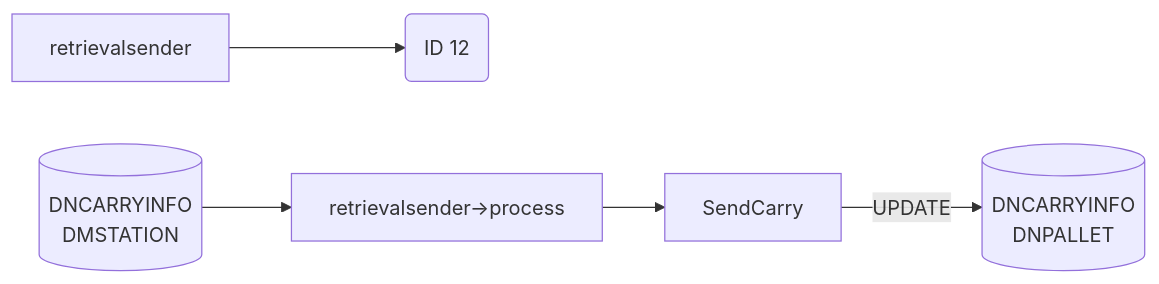
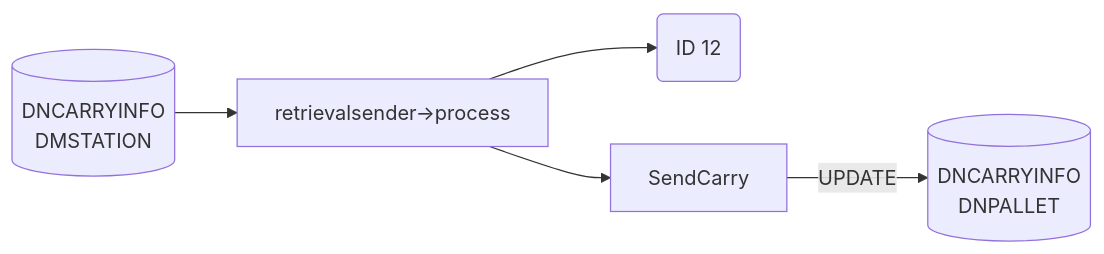
One commit to luthfiadityaa/SimeDarby-Wiki changed the tenth of 15 diagrams in Basic-Design/DFD-WMS/Retrieval/Stacked-Empty-Pallet.md. Above: the diagram before and after it, drawn with Mermaid.

Commit message:
Updated Stacked Empty Pallet

```diff
--- a/Basic-Design/DFD-WMS/Retrieval/Stacked-Empty-Pallet.md
+++ b/Basic-Design/DFD-WMS/Retrieval/Stacked-Empty-Pallet.md
@@ -358,20 +358,20 @@
 ::: mermaid
 flowchart LR
 
 retrievalsender-input[("
 DNCARRYINFO
 DMSTATION
 ")]
 
 retrievalsender-update[("
 DNCARRYINFO
 DNPALLET
 ")]
 
 id12msg("
 ID 12
 ")
 
 retrievalsender-input--> P1[retrievalsender→process]-->P2[SendCarry]--> |UPDATE| retrievalsender-update
-retrievalsender-->id12msg
+P1-->id12msg
 :::
```
